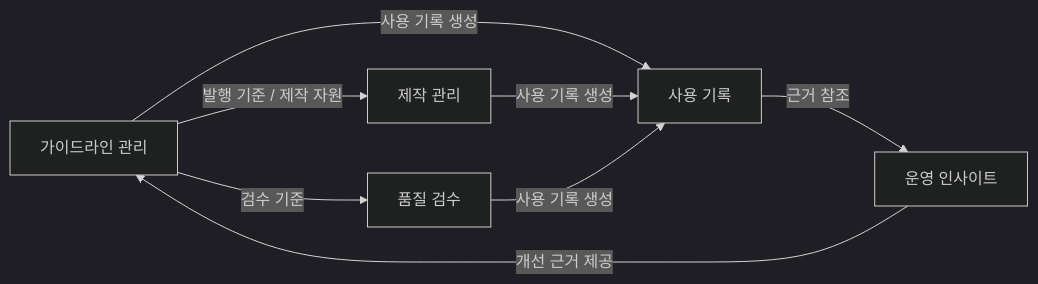
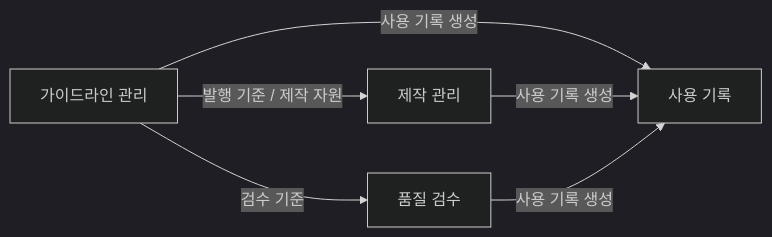
One commit to ewoooo/living-brand-system changed the first of 5 diagrams in docs/04-domain-model.md. Above: the diagram before and after it, drawn with Mermaid (dark theme). The commit also changed other lines of this file and 6 other files, not shown here.

Commit message:
docs: update domain architecture records

````diff
--- a/docs/04-domain-model.md
+++ b/docs/04-domain-model.md
@@ -39,16 +38,13 @@
 ```mermaid
 flowchart LR
   Guideline["가이드라인 관리"]
   Production["제작 관리"]
   Quality["품질 검수"]
   UsageRecord["사용 기록"]
-  Insight["운영 인사이트"]
 
   Guideline -->|"발행 기준 / 제작 자원"| Production
   Guideline -->|"검수 기준"| Quality
   Guideline -->|"사용 기록 생성"| UsageRecord
   Production -->|"사용 기록 생성"| UsageRecord
   Quality -->|"사용 기록 생성"| UsageRecord
-  UsageRecord -->|"근거 참조"| Insight
-  Insight -->|"개선 근거 제공"| Guideline
 ```
````
